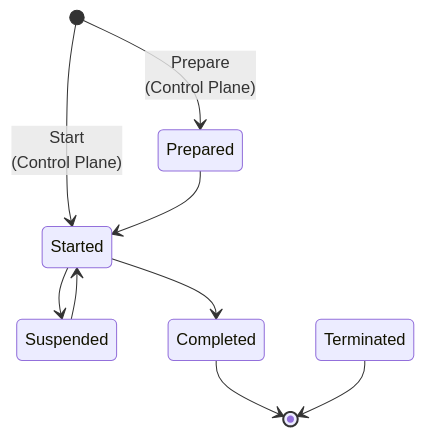
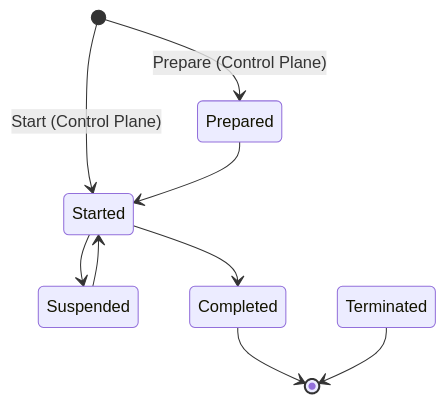
One commit to eclipse-dataplane-signaling/dataplane-signaling changed the second of 9 diagrams in specifications/signaling.md. Above: the diagram before and after it, drawn with Mermaid. The commit also changed other lines of this file and 1 other file, not shown here.

````diff
--- a/specifications/signaling.md
+++ b/specifications/signaling.md
@@ -107,11 +107,11 @@
 ```mermaid
 stateDiagram-v2
-    [*] --> Prepared: Prepare <br/> (Control Plane)
-    [*] --> Started: Start <br/> (Control Plane)
+    [*] --> Prepared: Prepare (Control Plane)
+    [*] --> Started: Start (Control Plane)
     Prepared --> Started
     Started --> Suspended
     Started --> Completed
     Suspended --> Started
     Completed --> [*]
     Terminated --> [*]
 ```
````
